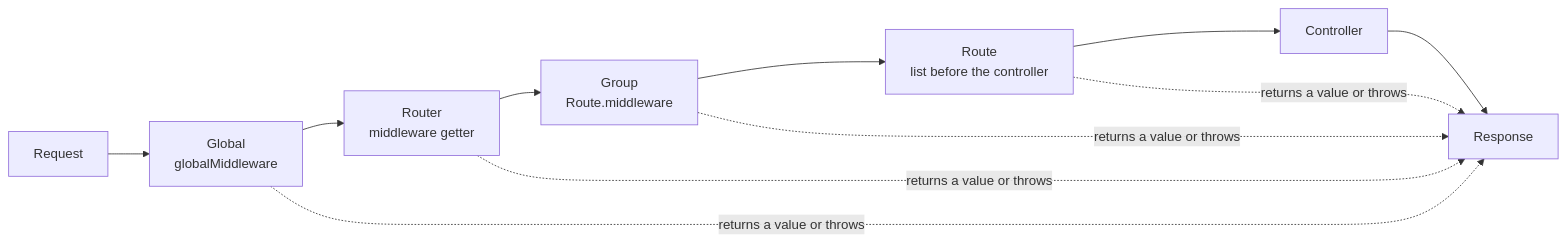
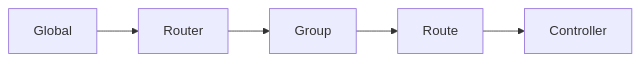
Before and after one commit to dartondox/dox: the diagram in docs/the-basic/middleware.md, drawn with Mermaid. The commit also changed other lines of this file and 112 other files, not shown here.

````diff
--- a/docs/the-basic/middleware.md
+++ b/docs/the-basic/middleware.md
@@ -369,10 +134,4 @@
 ```mermaid
 flowchart LR
-    Q["Request"] --> G["Global<br>globalMiddleware"]
-    G --> R["Router<br>middleware getter"]
-    R --> P["Group<br>Route.middleware"]
-    P --> T["Route<br>list before the controller"]
-    T --> C["Controller"]
-    C --> S["Response"]
-    G & R & P & T -.->|"returns a value or throws"| S
+    G["Global"] --> R["Router"] --> P["Group"] --> T["Route"] --> C["Controller"]
 ```
````
